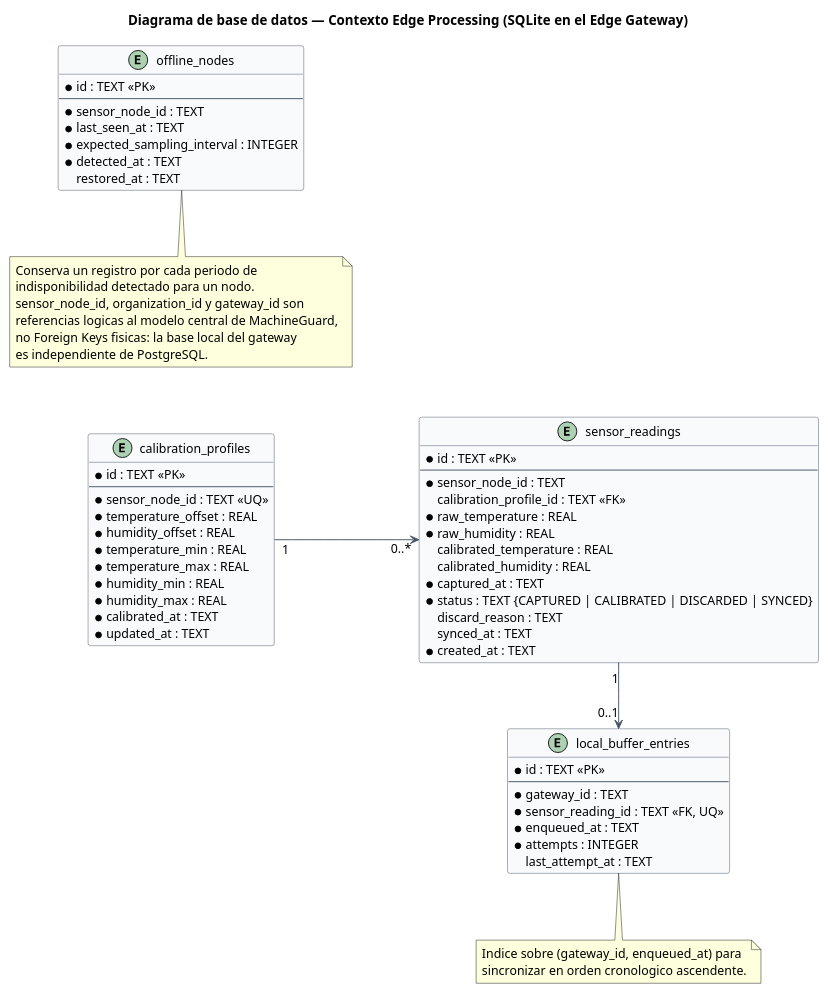
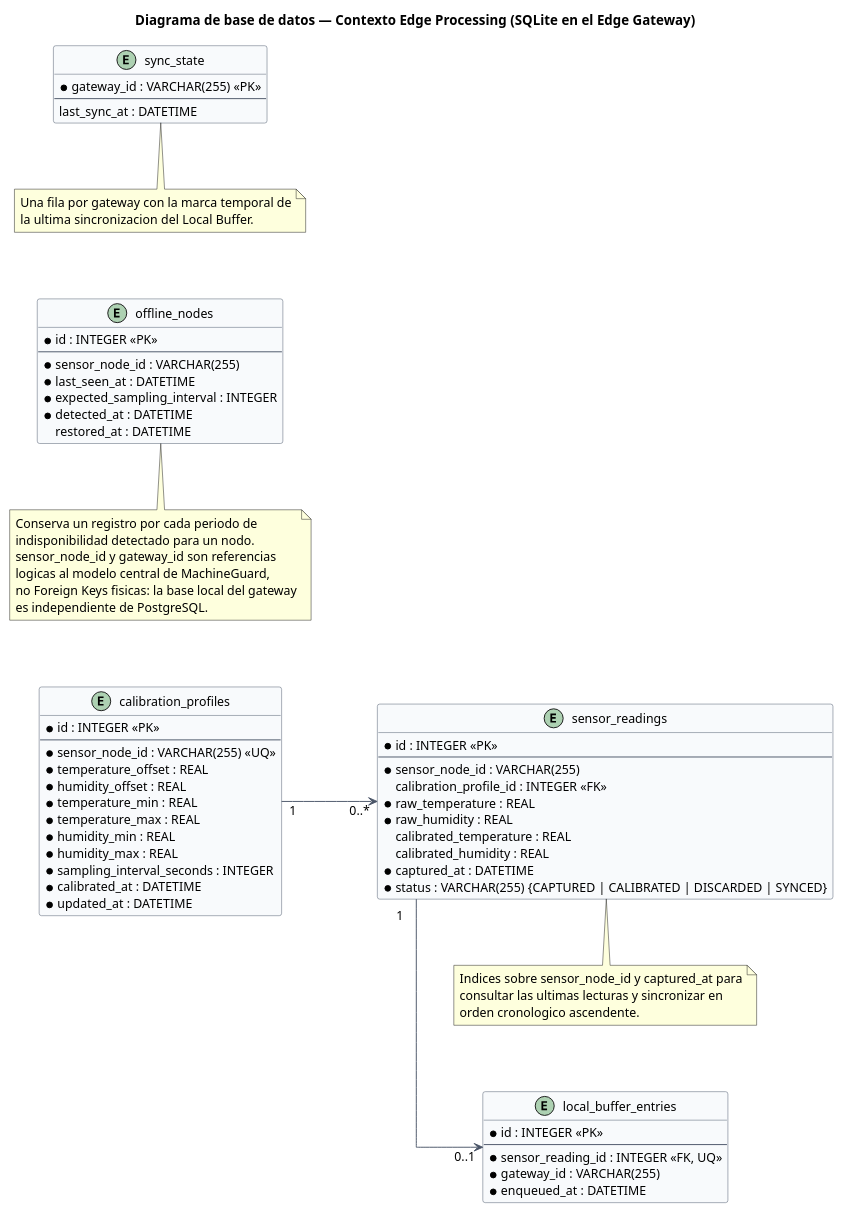
Before and after one commit to MachineGuard/MachineGuard-Documentation: the diagram in assets/diagrams/chapter-4/edge-processing/database-design-diagram-edge-processing.puml, drawn with PlantUML. The commit also changed 2 other files, not shown here.

Commit message:
docs(chapter4): align Edge Processing database design with the implemented SQLite schema

```diff
--- a/assets/diagrams/chapter-4/edge-processing/database-design-diagram-edge-processing.puml
+++ b/assets/diagrams/chapter-4/edge-processing/database-design-diagram-edge-processing.puml
@@ -1,84 +1,92 @@
 @startuml
 title Diagrama de base de datos — Contexto Edge Processing (SQLite en el Edge Gateway)
 
 left to right direction
 skinparam backgroundColor white
 skinparam shadowing false
 skinparam defaultFontName Arial
 skinparam defaultFontSize 13
 skinparam classBorderColor #4A5568
 skinparam classBackgroundColor #F8FAFC
 skinparam ArrowColor #4A5568
 skinparam linetype ortho
 skinparam nodesep 70
 skinparam ranksep 70
 hide methods
 hide stereotypes
 
 entity calibration_profiles {
-  * id : TEXT <<PK>>
+  * id : INTEGER <<PK>>
   --
-  * sensor_node_id : TEXT <<UQ>>
+  * sensor_node_id : VARCHAR(255) <<UQ>>
   * temperature_offset : REAL
   * humidity_offset : REAL
   * temperature_min : REAL
   * temperature_max : REAL
   * humidity_min : REAL
   * humidity_max : REAL
-  * calibrated_at : TEXT
-  * updated_at : TEXT
+  * sampling_interval_seconds : INTEGER
+  * calibrated_at : DATETIME
+  * updated_at : DATETIME
 }
 
 entity sensor_readings {
-  * id : TEXT <<PK>>
+  * id : INTEGER <<PK>>
   --
-  * sensor_node_id : TEXT
-  calibration_profile_id : TEXT <<FK>>
+  * sensor_node_id : VARCHAR(255)
+  calibration_profile_id : INTEGER <<FK>>
   * raw_temperature : REAL
   * raw_humidity : REAL
   calibrated_temperature : REAL
   calibrated_humidity : REAL
-  * captured_at : TEXT
-  * status : TEXT {CAPTURED | CALIBRATED | DISCARDED | SYNCED}
-  discard_reason : TEXT
-  synced_at : TEXT
-  * created_at : TEXT
+  * captured_at : DATETIME
+  * status : VARCHAR(255) {CAPTURED | CALIBRATED | DISCARDED | SYNCED}
 }
 
 entity local_buffer_entries {
-  * id : TEXT <<PK>>
+  * id : INTEGER <<PK>>
   --
-  * gateway_id : TEXT
-  * sensor_reading_id : TEXT <<FK, UQ>>
-  * enqueued_at : TEXT
-  * attempts : INTEGER
-  last_attempt_at : TEXT
+  * sensor_reading_id : INTEGER <<FK, UQ>>
+  * gateway_id : VARCHAR(255)
+  * enqueued_at : DATETIME
 }
 
 entity offline_nodes {
-  * id : TEXT <<PK>>
+  * id : INTEGER <<PK>>
   --
-  * sensor_node_id : TEXT
-  * last_seen_at : TEXT
+  * sensor_node_id : VARCHAR(255)
+  * last_seen_at : DATETIME
   * expected_sampling_interval : INTEGER
-  * detected_at : TEXT
-  restored_at : TEXT
+  * detected_at : DATETIME
+  restored_at : DATETIME
+}
+
+entity sync_state {
+  * gateway_id : VARCHAR(255) <<PK>>
+  --
+  last_sync_at : DATETIME
 }
 
 calibration_profiles "1" -down-> "0..*" sensor_readings
 sensor_readings "1" -right-> "0..1" local_buffer_entries
 
 note bottom of offline_nodes
   Conserva un registro por cada periodo de
   indisponibilidad detectado para un nodo.
-  sensor_node_id, organization_id y gateway_id son
-  referencias logicas al modelo central de MachineGuard,
+  sensor_node_id y gateway_id son referencias
+  logicas al modelo central de MachineGuard,
   no Foreign Keys fisicas: la base local del gateway
   es independiente de PostgreSQL.
 end note
 
-note bottom of local_buffer_entries
-  Indice sobre (gateway_id, enqueued_at) para
-  sincronizar en orden cronologico ascendente.
+note bottom of sensor_readings
+  Indices sobre sensor_node_id y captured_at para
+  consultar las ultimas lecturas y sincronizar en
+  orden cronologico ascendente.
+end note
+
+note bottom of sync_state
+  Una fila por gateway con la marca temporal de
+  la ultima sincronizacion del Local Buffer.
 end note
 @enduml
```
